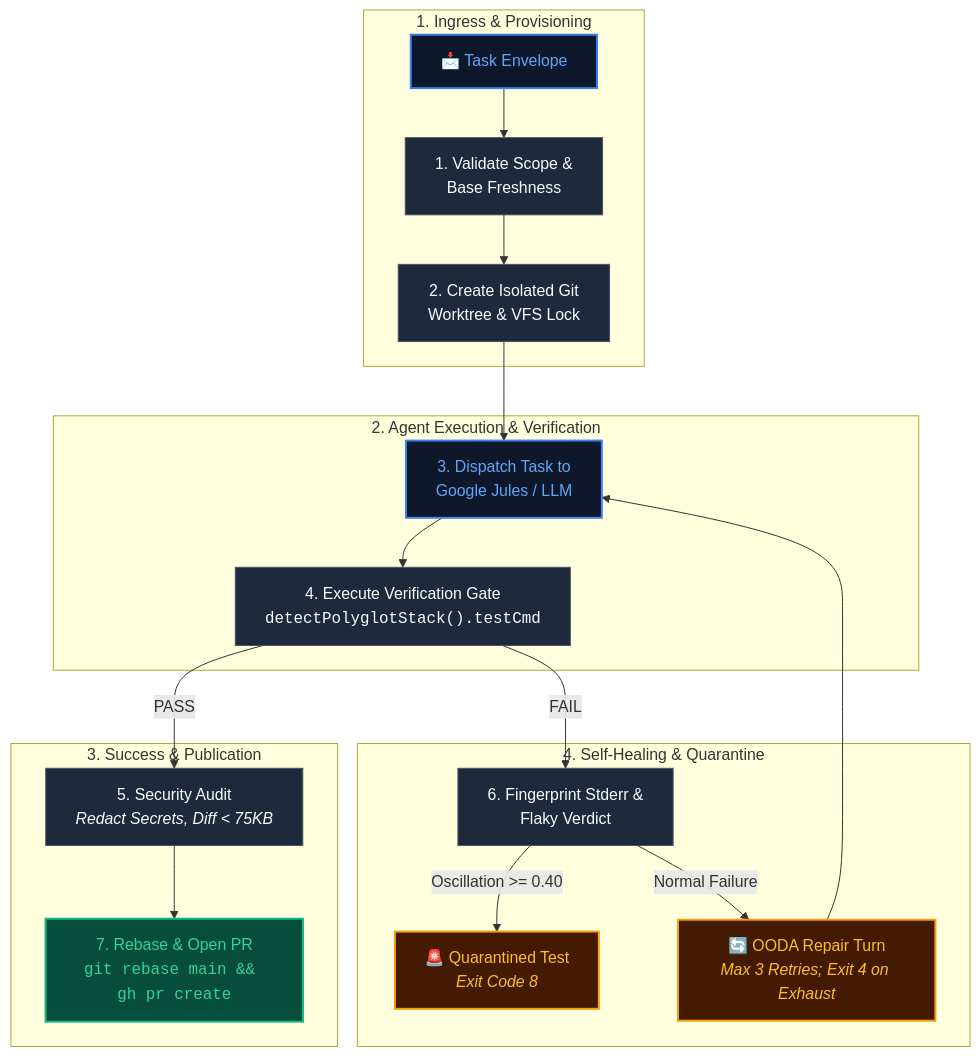
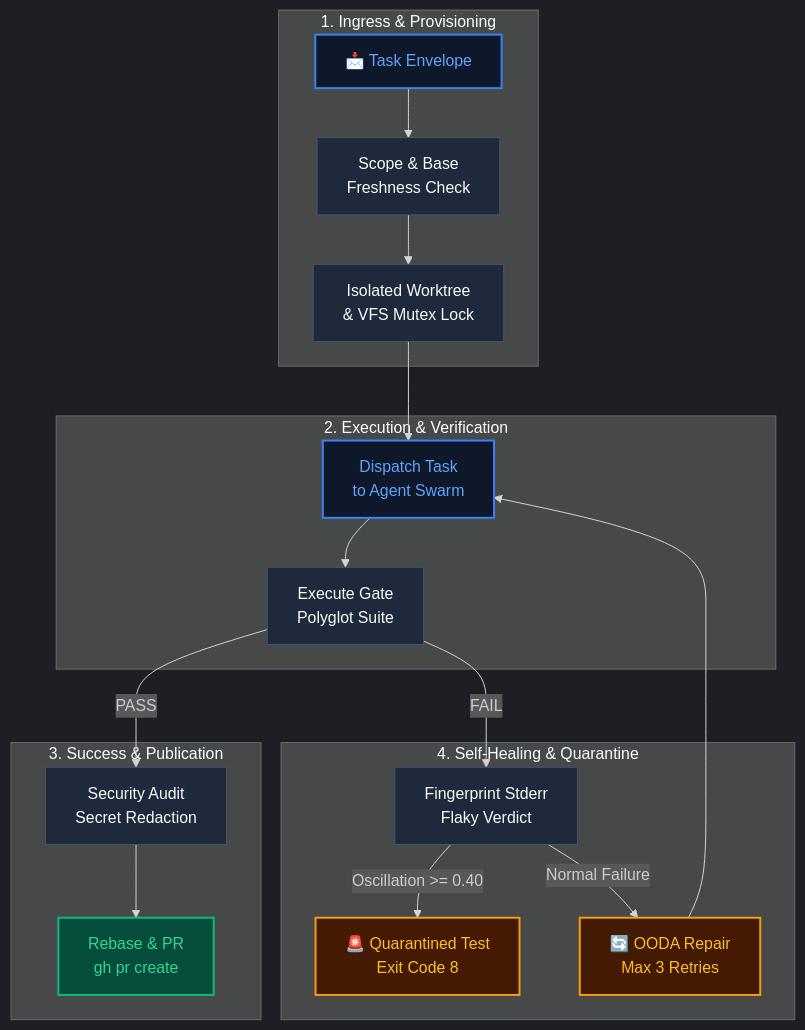
One commit to FullThrottle83/jules-orchestrator-kit changed the first of 2 diagrams in README.md. Above: the diagram before and after it, drawn with Mermaid. The commit also changed other lines of this file, not shown here.

Commit message:
docs: shorten Mermaid flowchart node labels and add 25px nodePadding to prevent text clipping

````diff
--- a/README.md
+++ b/README.md
@@ -273,33 +273,34 @@
 ```mermaid
+%%{init: {'theme': 'dark', 'themeVariables': { 'nodePadding': 25 }}}%%
 flowchart TD
     subgraph P1 ["1. Ingress & Provisioning"]
-        A["📩 Task Envelope"] --> B["1. Validate Scope &<br/>Base Freshness"]
-        B --> C["2. Create Isolated Git<br/>Worktree & VFS Lock"]
+        A["📩 Task Envelope"] --> B["Scope & Base<br/>Freshness Check"]
+        B --> C["Isolated Worktree<br/>& VFS Mutex Lock"]
     end
 
-    subgraph P2 ["2. Agent Execution & Verification"]
-        C --> D["3. Dispatch Task to<br/>Google Jules / LLM"]
-        D --> E["4. Execute Verification Gate<br/><code>detectPolyglotStack().testCmd</code>"]
+    subgraph P2 ["2. Execution & Verification"]
+        C --> D["Dispatch Task<br/>to Agent Swarm"]
+        D --> E["Execute Gate<br/>Polyglot Suite"]
     end
 
     subgraph P3 ["3. Success & Publication"]
-        E -->|PASS| F["5. Security Audit<br/><i>Redact Secrets, Diff < 75KB</i>"]
-        F --> G["7. Rebase & Open PR<br/><code>git rebase main && gh pr create</code>"]
+        E -->|PASS| F["Security Audit<br/>Secret Redaction"]
+        F --> G["Rebase & PR<br/>gh pr create"]
     end
 
     subgraph P4 ["4. Self-Healing & Quarantine"]
-        E -->|FAIL| H["6. Fingerprint Stderr &<br/>Flaky Verdict"]
-        H -->|Oscillation >= 0.40| I["🚨 Quarantined Test<br/><i>Exit Code 8</i>"]
-        H -->|Normal Failure| J["🔄 OODA Repair Turn<br/><i>Max 3 Retries; Exit 4 on Exhaust</i>"]
+        E -->|FAIL| H["Fingerprint Stderr<br/>Flaky Verdict"]
+        H -->|Oscillation >= 0.40| I["🚨 Quarantined Test<br/>Exit Code 8"]
+        H -->|Normal Failure| J["🔄 OODA Repair<br/>Max 3 Retries"]
         J --> D
     end
 
     classDef default fill:#1e293b,stroke:#475569,stroke-width:1px,color:#f8fafc;
     classDef highlight fill:#0f172a,stroke:#3b82f6,stroke-width:2px,color:#60a5fa;
     classDef success fill:#064e3b,stroke:#10b981,stroke-width:2px,color:#34d399;
     classDef warning fill:#451a03,stroke:#f59e0b,stroke-width:2px,color:#fbbf24;
 
     class A,D highlight;
     class G success;
     class I,J warning;
 ```
````
